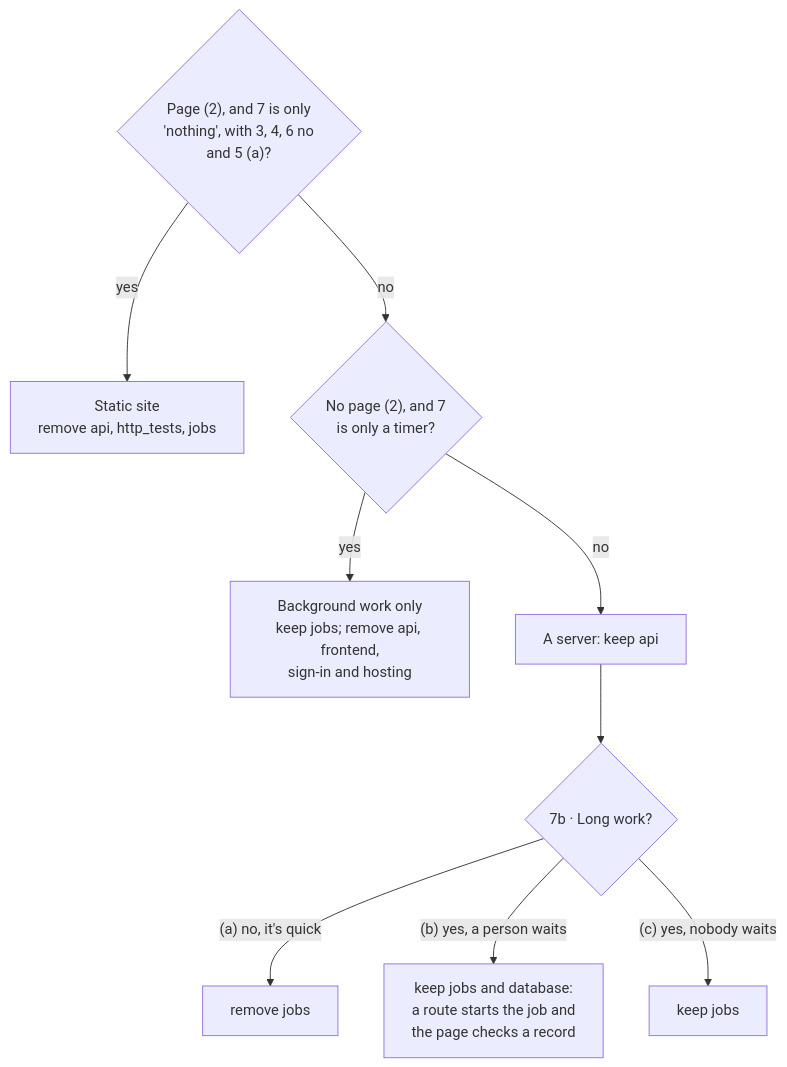
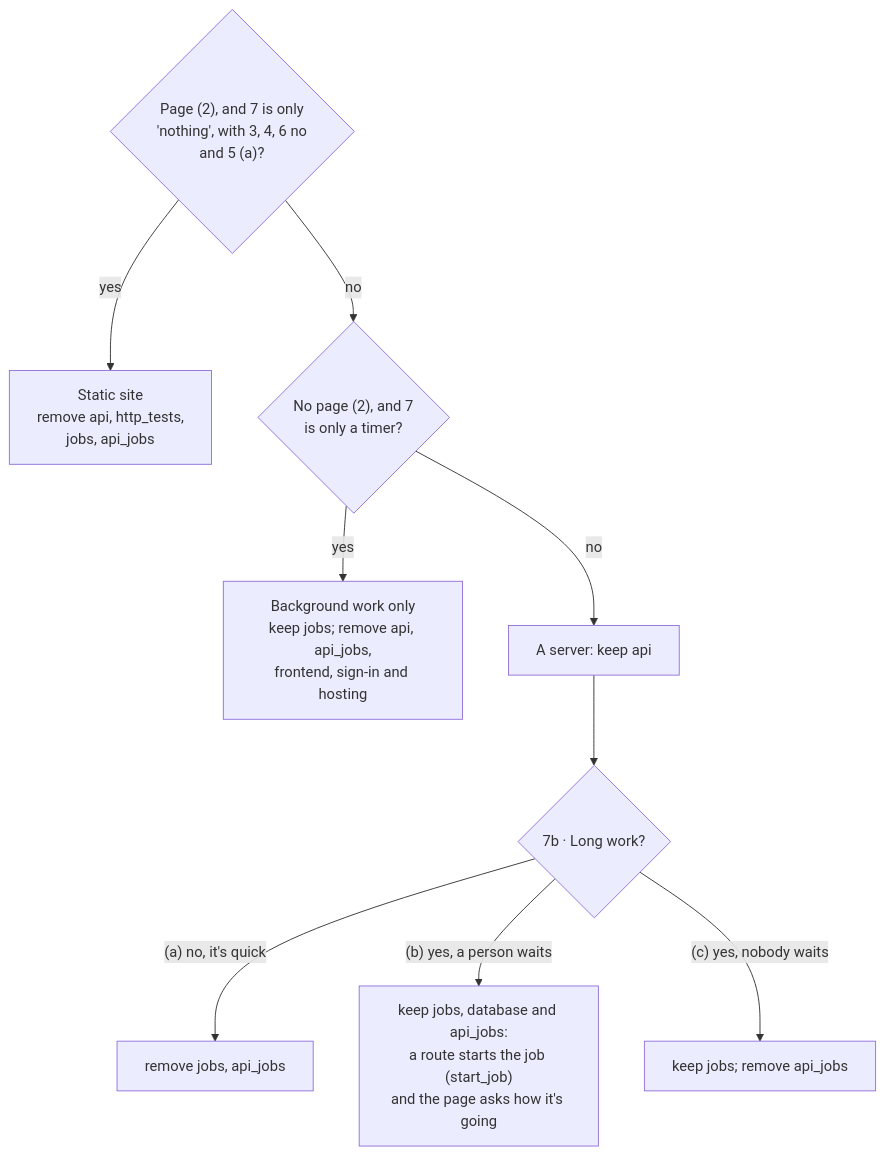
One commit to TheLampshady/stackkit changed the second of 2 diagrams in docs/INTERVIEW.md. Above: the diagram before and after it, drawn with Mermaid. The commit also changed other lines of this file and 27 other files, not shown here.

First line of the commit message:
[FEATURE] :: Let the server start background jobs and track them in Firestore

````diff
--- a/docs/INTERVIEW.md
+++ b/docs/INTERVIEW.md
@@ -102,11 +102,11 @@
 ```mermaid
 flowchart TD
-    A{"Page (2), and 7 is only<br/>'nothing', with 3, 4, 6 no<br/>and 5 (a)?"} -- yes --> S["Static site<br/>remove api, http_tests, jobs"]
+    A{"Page (2), and 7 is only<br/>'nothing', with 3, 4, 6 no<br/>and 5 (a)?"} -- yes --> S["Static site<br/>remove api, http_tests,<br/>jobs, api_jobs"]
     A -- no --> B{"No page (2), and 7<br/>is only a timer?"}
-    B -- yes --> J["Background work only<br/>keep jobs; remove api, frontend,<br/>sign-in and hosting"]
+    B -- yes --> J["Background work only<br/>keep jobs; remove api, api_jobs,<br/>frontend, sign-in and hosting"]
     B -- no --> C["A server: keep api"]
     C --> D{"7b · Long work?"}
-    D -- "(a) no, it's quick" --> N["remove jobs"]
-    D -- "(b) yes, a person waits" --> W["keep jobs and database:<br/>a route starts the job and<br/>the page checks a record"]
-    D -- "(c) yes, nobody waits" --> T["keep jobs"]
+    D -- "(a) no, it's quick" --> N["remove jobs, api_jobs"]
+    D -- "(b) yes, a person waits" --> W["keep jobs, database and api_jobs:<br/>a route starts the job (start_job)<br/>and the page asks how it's going"]
+    D -- "(c) yes, nobody waits" --> T["keep jobs; remove api_jobs"]
 ```
````
